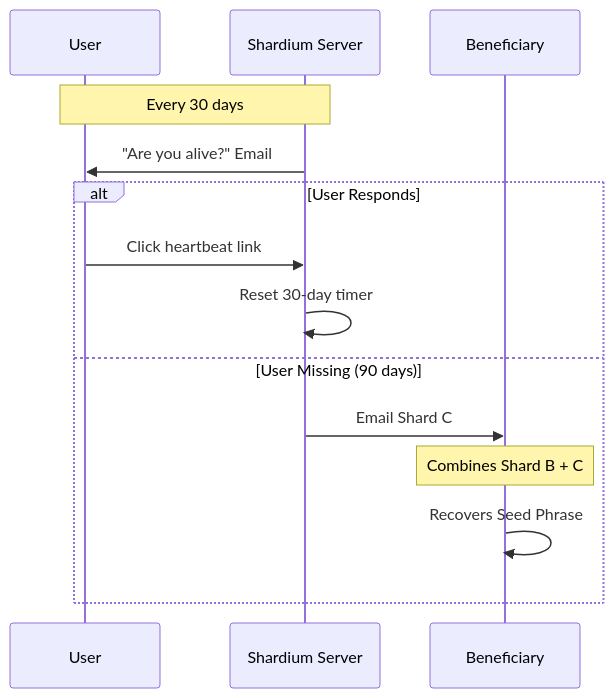
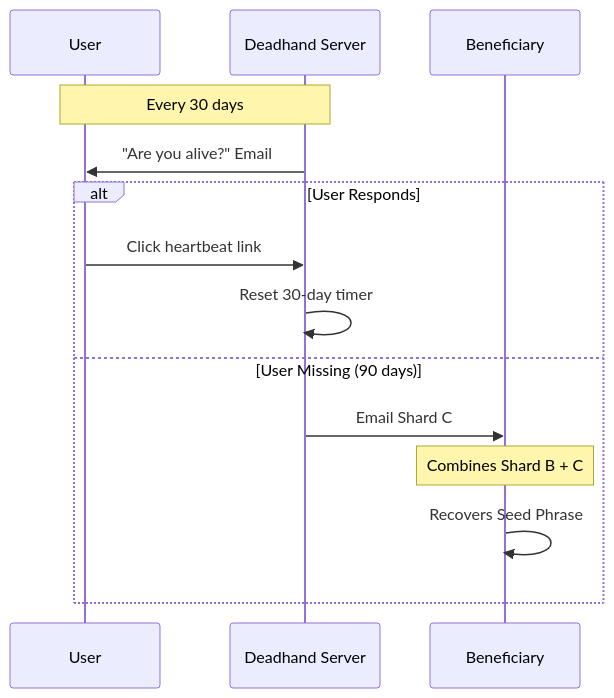
The second of 3 diagrams in README.md (pyoneerC/deadhand), drawn with Mermaid before and after one commit. The commit also changed other lines of this file and 9 other files, not shown here.

````diff
--- a/README.md
+++ b/README.md
@@ -67,18 +67,18 @@
 ```mermaid
 sequenceDiagram
     participant U as User
-    participant S as Shardium Server
+    participant S as Deadhand Server
     participant B as Beneficiary
 
     Note over U,S: Every 30 days
     S->>U: "Are you alive?" Email
     
     alt User Responds
         U->>S: Click heartbeat link
         S->>S: Reset 30-day timer
     else User Missing (90 days)
         S->>B: Email Shard C
         Note over B: Combines Shard B + C
         B->>B: Recovers Seed Phrase
     end
 ```
````
